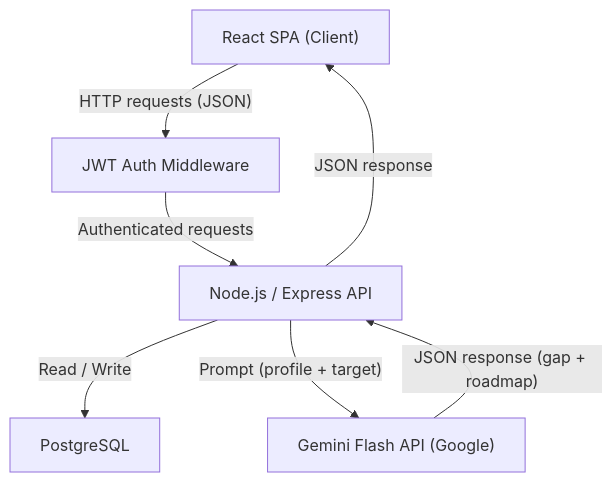
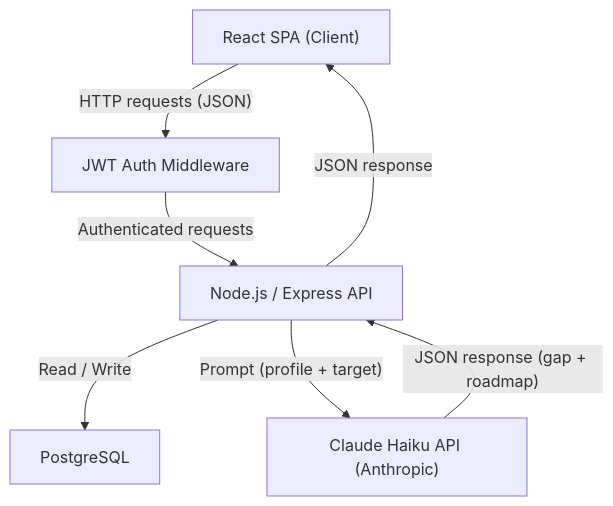
The first of 6 diagrams in README.md (lucasscianna/SkillMap), drawn with Mermaid before and after one commit. The commit also changed other lines of this file, not shown here.

Commit message:
docs: replace Gemini with Claude Haiku in README

````diff
--- a/README.md
+++ b/README.md
@@ -200,15 +200,15 @@
 ```mermaid
 graph TD
     Client["React SPA (Client)"]
     API["Node.js / Express API"]
     Auth["JWT Auth Middleware"]
     DB["PostgreSQL"]
-    Gemini["Gemini Flash API (Google)"]
+    Claude["Claude Haiku API (Anthropic)"]
 
     Client -->|"HTTP requests (JSON)"| Auth
     Auth -->|"Authenticated requests"| API
     API -->|"Read / Write"| DB
-    API -->|"Prompt (profile + target)"| Gemini
-    Gemini -->|"JSON response (gap + roadmap)"| API
+    API -->|"Prompt (profile + target)"| Claude
+    Claude -->|"JSON response (gap + roadmap)"| API
     API -->|"JSON response"| Client
 ```
````
